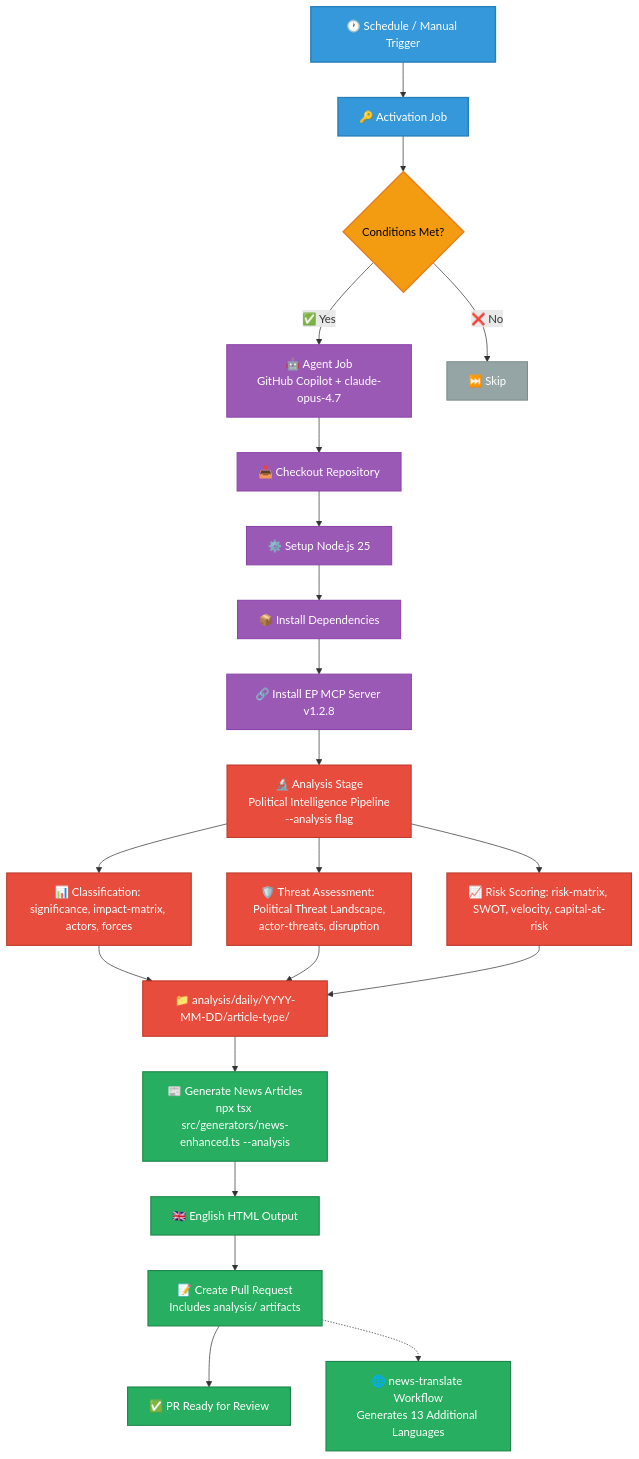
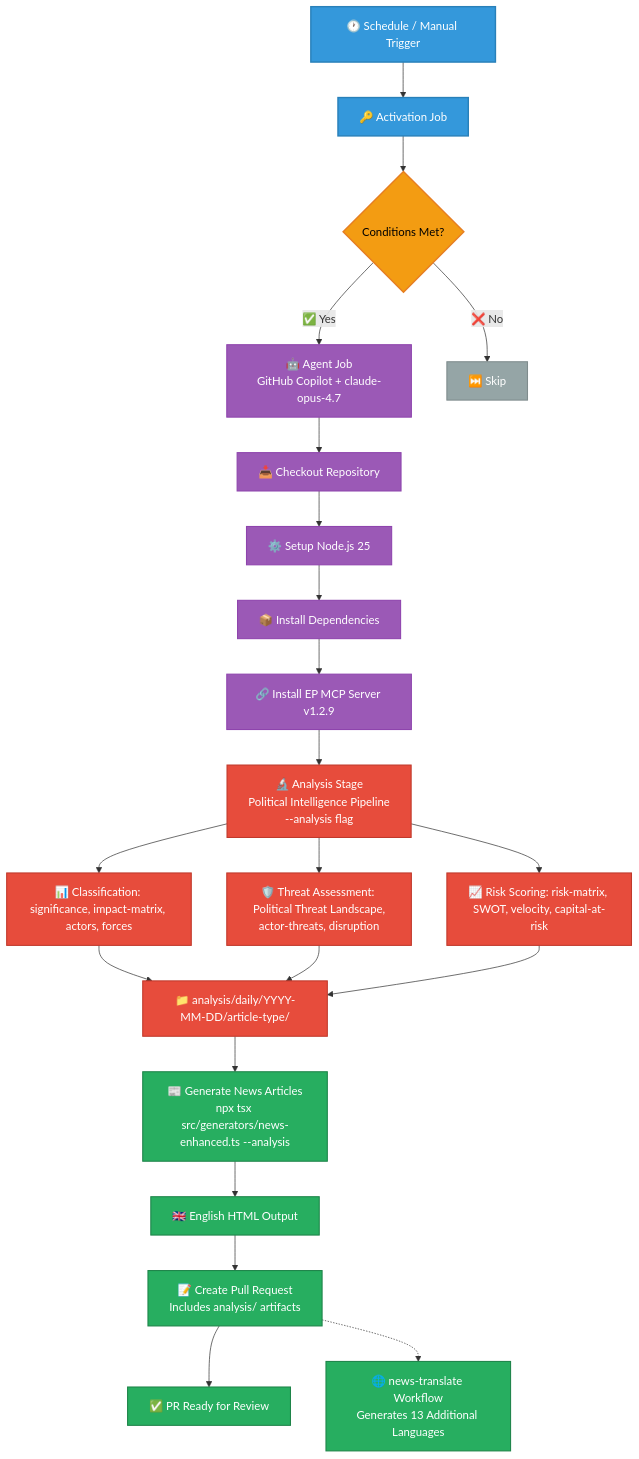
One commit to Hack23/euparliamentmonitor changed the third of 21 diagrams in WORKFLOWS.md. Above: the diagram before and after it, drawn with Mermaid. The commit also changed other lines of this file and 39 other files, not shown here.

First line of the commit message:
chore: bump EP MCP server references to 1.2.9 across repo

````diff
--- a/WORKFLOWS.md
+++ b/WORKFLOWS.md
@@ -246,37 +246,37 @@
 ```mermaid
 graph TD
     A[🕐 Schedule / Manual Trigger] --> B[🔑 Activation Job]
     B --> C{Conditions Met?}
     C -->|✅ Yes| D[🤖 Agent Job<br/>GitHub Copilot + claude-opus-4.7]
     C -->|❌ No| E[⏭️ Skip]
     D --> F[📥 Checkout Repository]
     F --> G[⚙️ Setup Node.js 25]
     G --> H[📦 Install Dependencies]
-    H --> I[🔗 Install EP MCP Server v1.2.8]
+    H --> I[🔗 Install EP MCP Server v1.2.9]
     I --> J1[🔬 Analysis Stage<br/>Political Intelligence Pipeline<br/>--analysis flag]
     J1 --> J1a[📊 Classification: significance, impact-matrix, actors, forces]
     J1 --> J1b[🛡️ Threat Assessment: Political Threat Landscape,<br/>actor-threats, disruption]
     J1 --> J1c[📈 Risk Scoring: risk-matrix, SWOT, velocity, capital-at-risk]
     J1a --> J1d["📁 analysis/daily/YYYY-MM-DD/article-type/"]
     J1b --> J1d
     J1c --> J1d
     J1d --> J[📰 Generate News Articles<br/>npx tsx src/generators/news-enhanced.ts --analysis]
     J --> K[🇬🇧 English HTML Output]
     K --> L[📝 Create Pull Request<br/>Includes analysis/ artifacts]
     L --> M[✅ PR Ready for Review]
     L -.-> N[🌐 news-translate Workflow<br/>Generates 13 Additional Languages]
 
     classDef trigger fill:#3498db,stroke:#2980b9,stroke-width:2px,color:white
     classDef process fill:#9b59b6,stroke:#8e44ad,stroke-width:1.5px,color:white
     classDef decision fill:#f39c12,stroke:#e67e22,stroke-width:2px,color:black
     classDef skip fill:#95a5a6,stroke:#7f8c8d,stroke-width:1.5px,color:white
     classDef analysis fill:#e74c3c,stroke:#c0392b,stroke-width:1.5px,color:white
     classDef output fill:#27ae60,stroke:#1e8449,stroke-width:1.5px,color:white
 
     class A,B trigger
     class D,F,G,H,I process
     class C decision
     class E skip
     class J1,J1a,J1b,J1c,J1d analysis
     class J,K,L,M,N output
 ```
````
